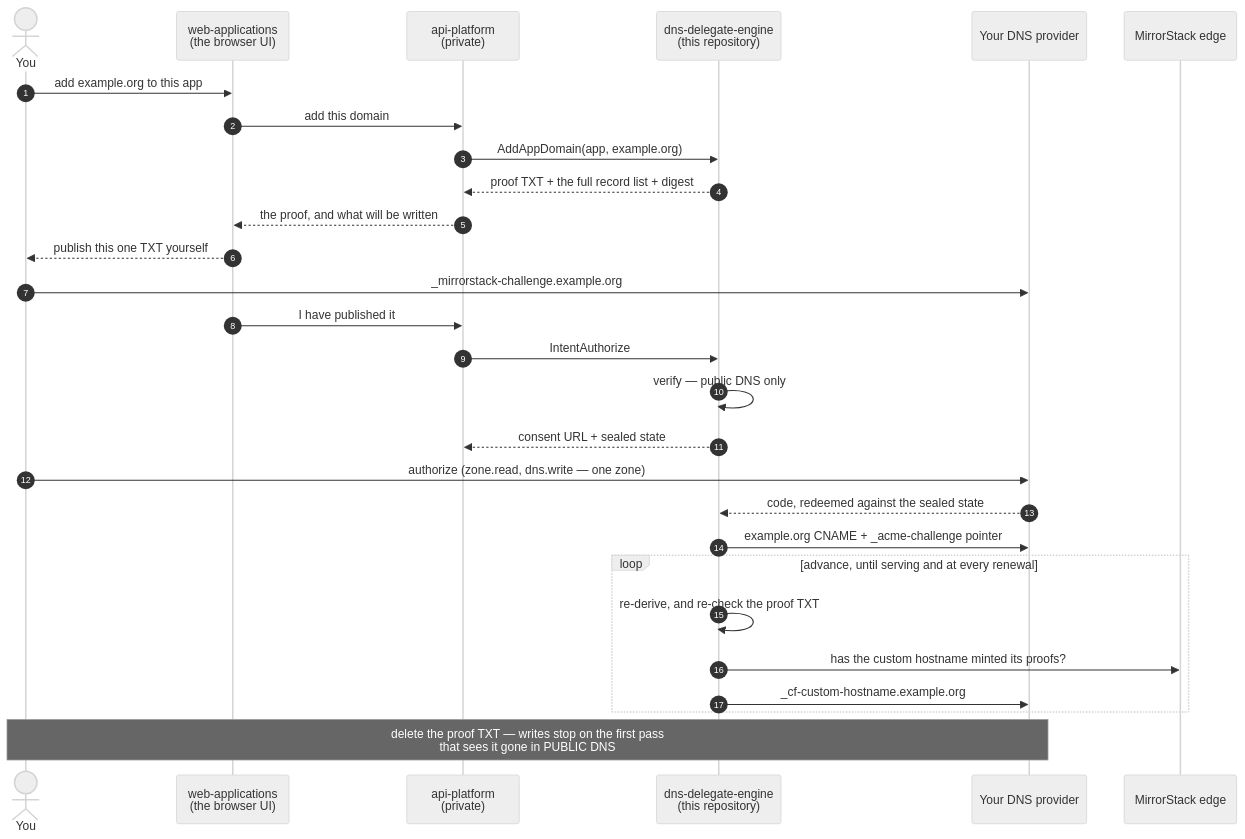
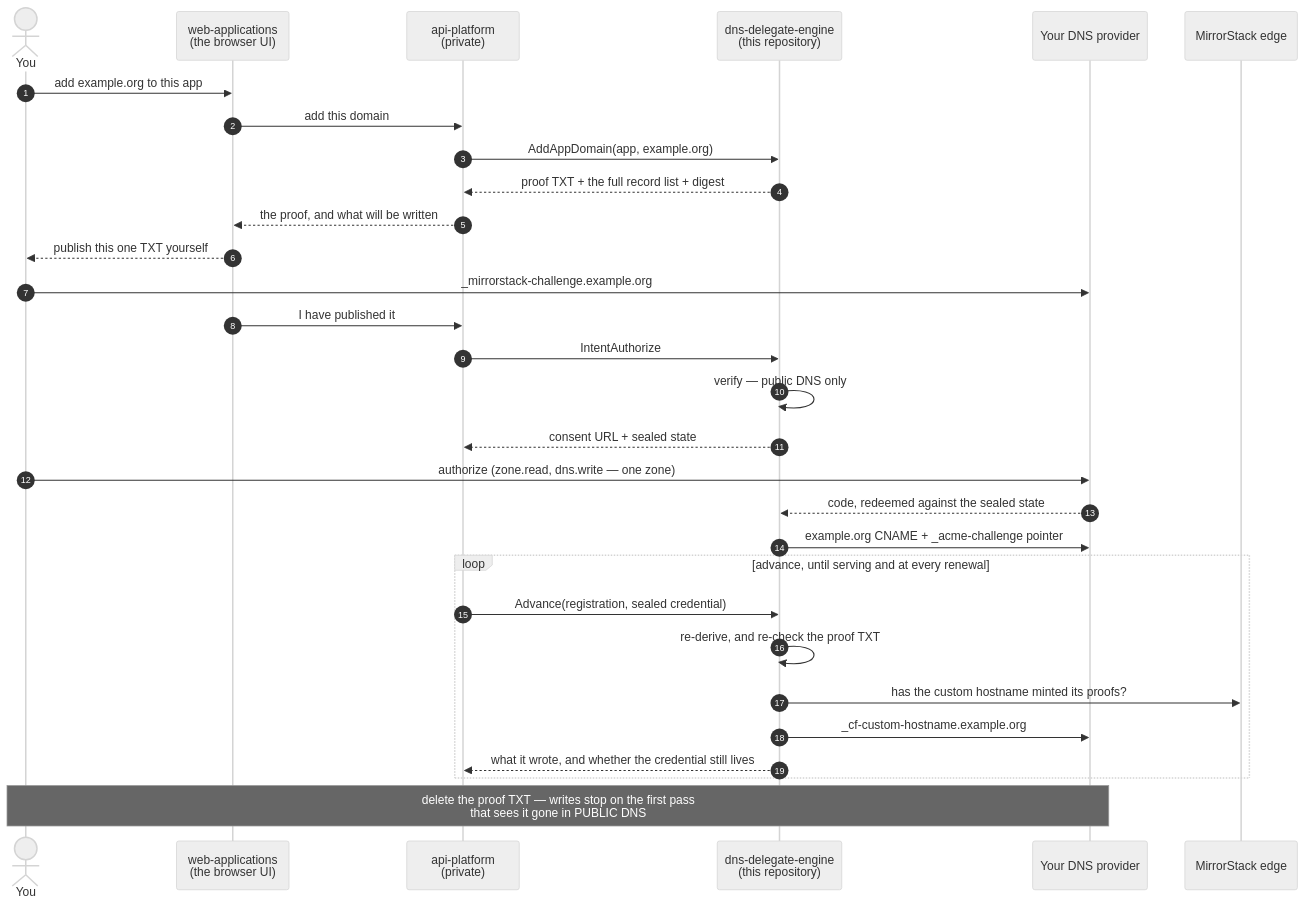
One commit to mirrorstack-ai/dns-delegate-engine changed the third of 4 diagrams in README.md. Above: the diagram before and after it, drawn with Mermaid (neutral theme). The commit also changed other lines of this file, not shown here.

First line of the commit message:
docs: the advance loop has a caller, and it is not this service

````diff
--- a/README.md
+++ b/README.md
@@ -403,35 +409,37 @@
 ```mermaid
 sequenceDiagram
     autonumber
     actor You
     participant Web as web-applications<br/>(the browser UI)
     participant API as api-platform<br/>(private)
     participant Engine as dns-delegate-engine<br/>(this repository)
     participant CF as Your DNS provider
     participant Edge as MirrorStack edge
 
     You->>Web: add example.org to this app
     Web->>API: add this domain
     API->>Engine: AddAppDomain(app, example.org)
     Engine-->>API: proof TXT + the full record list + digest
     API-->>Web: the proof, and what will be written
     Web-->>You: publish this one TXT yourself
 
     You->>CF: _mirrorstack-challenge.example.org
     Web->>API: I have published it
     API->>Engine: IntentAuthorize
     Engine->>Engine: verify — public DNS only
     Engine-->>API: consent URL + sealed state
 
     You->>CF: authorize (zone.read, dns.write — one zone)
     CF-->>Engine: code, redeemed against the sealed state
     Engine->>CF: example.org CNAME + _acme-challenge pointer
 
     loop advance, until serving and at every renewal
+        API->>Engine: Advance(registration, sealed credential)
         Engine->>Engine: re-derive, and re-check the proof TXT
         Engine->>Edge: has the custom hostname minted its proofs?
         Engine->>CF: _cf-custom-hostname.example.org
+        Engine-->>API: what it wrote, and whether the credential still lives
     end
 
     Note over You,CF: delete the proof TXT — writes stop on the first pass<br/>that sees it gone in PUBLIC DNS
 ```
````
